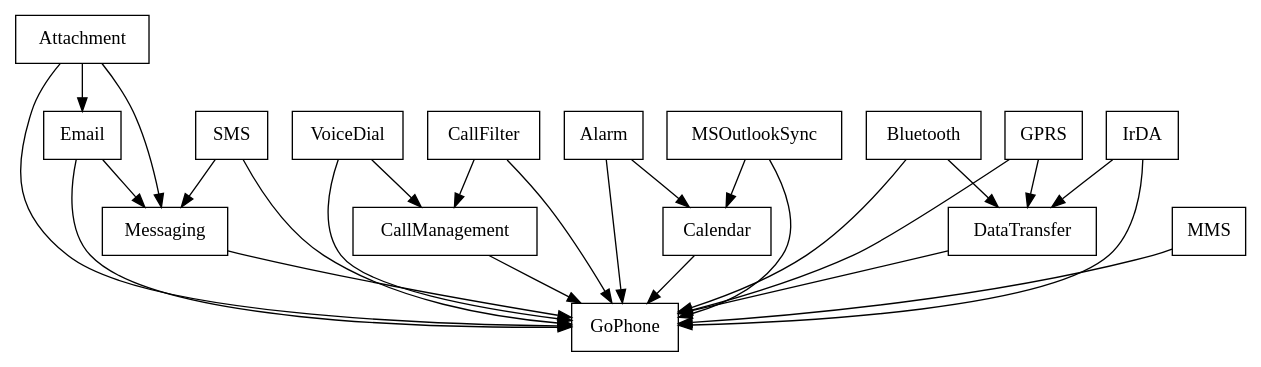
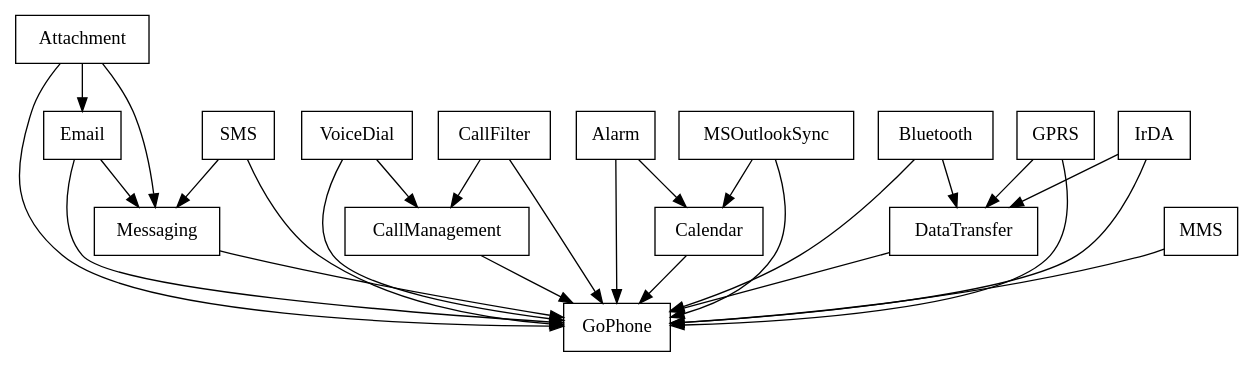
One commit to FAMILIAR-project/familiar-language changed the diagram in FAMILIAR/output/SPLOT-big/fm_36_model_20100625_251719781.xml.dot. Above: the diagram before and after it, drawn with Graphviz. The commit also changed 179 other files, not shown here.

```diff
--- a/FAMILIAR/output/SPLOT-big/fm_36_model_20100625_251719781.xml.dot
+++ b/FAMILIAR/output/SPLOT-big/fm_36_model_20100625_251719781.xml.dot
@@ -1,47 +1,47 @@
 digraph{
 graph [rankdir=TB];
 node [shape=box];
 edge [arrowhead=normal];
 0[label="Messaging",]
 1[label="VoiceDial",]
 2[label="Attachment",]
 3[label="Bluetooth",]
-4[label="Calendar",]
-5[label="CallManagement",]
+4[label="CallManagement",]
+5[label="Calendar",]
 6[label="GPRS",]
 7[label="DataTransfer",]
 8[label="Alarm",]
 9[label="GoPhone",]
 10[label="IrDA",]
 11[label="CallFilter",]
 12[label="Email",]
 13[label="SMS",]
 14[label="MSOutlookSync",]
 15[label="MMS",]
 0->9[label="",]
-1->5[label="",]
+1->4[label="",]
 1->9[label="",]
 2->0[label="",]
 2->9[label="",]
 2->12[label="",]
 3->7[label="",]
 3->9[label="",]
 4->9[label="",]
 5->9[label="",]
 6->7[label="",]
 6->9[label="",]
 7->9[label="",]
-8->4[label="",]
+8->5[label="",]
 8->9[label="",]
 10->7[label="",]
 10->9[label="",]
-11->5[label="",]
+11->4[label="",]
 11->9[label="",]
 12->0[label="",]
 12->9[label="",]
 13->0[label="",]
 13->9[label="",]
-14->4[label="",]
+14->5[label="",]
 14->9[label="",]
 15->9[label="",]
 }
```
